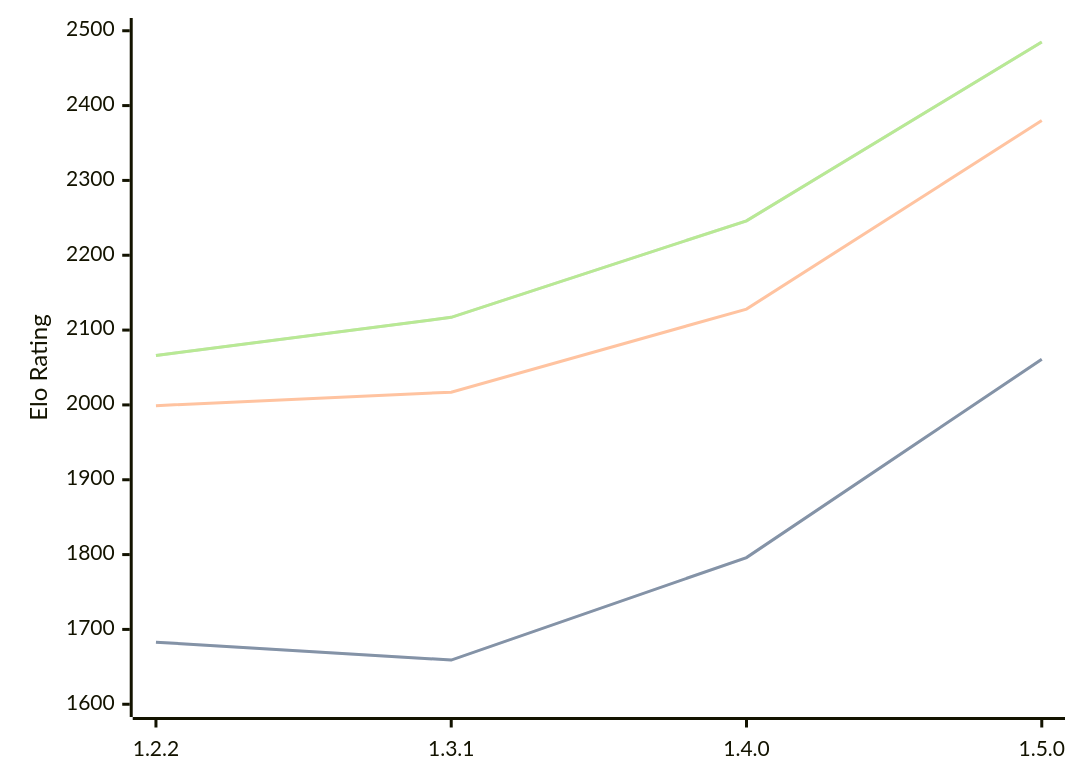
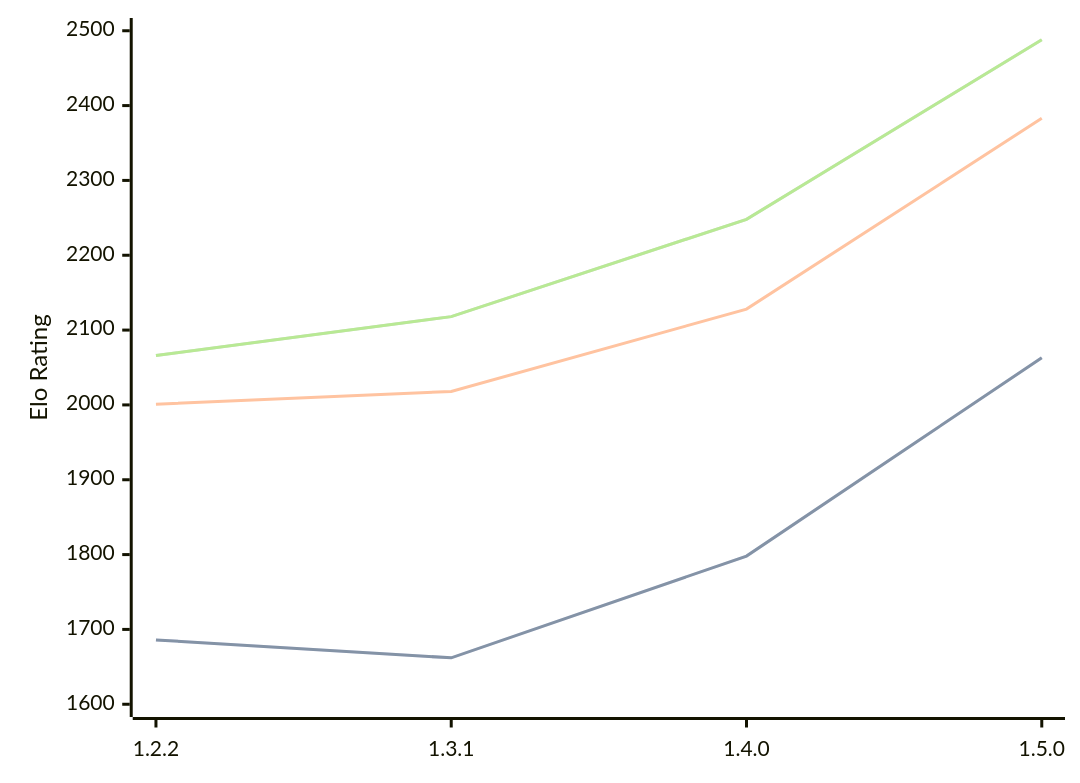
The diagram in engines/SoloEngine.md (computer-chess-index/cci), drawn with Mermaid before and after one commit. The commit also changed other lines of this file, not shown here.

Commit message:
Update CCI Ratings (ELO VLTC) - 2026-03-14

````diff
--- a/engines/SoloEngine.md
+++ b/engines/SoloEngine.md
@@ -32,11 +33,11 @@
 ```mermaid
 %%{init: {"theme":"base","themeVariables":{"seriesColors:['#a3a3a3','#222221','#faa371']}}}%%
 xychart-beta
   x-axis ["1.2.2", "1.3.1", "1.4.0", "1.5.0"]
   y-axis "Elo Rating" 1600 --> 2500
-  line "STC (8.0+0.08s)" [1683, 1659, 1796, 2061]
-  line "STC (8.0+0.08s)" [1683, 1659, 1796, 2061]
-  line "LTC (60.0+0.60s)" [1999, 2017, 2128, 2380]
-  line "VLTC (2m24s+1.12s)" [2066, 2117, 2246, 2485]
-  line "VLTC (2m24s+1.12s)" [2066, 2117, 2246, 2485]
+  line "STC (8.0+0.08s)" [1686, 1662, 1798, 2063]
+  line "STC (8.0+0.08s)" [1686, 1662, 1798, 2063]
+  line "LTC (60.0+0.60s)" [2001, 2018, 2128, 2383]
+  line "VLTC (2m24s+1.12s)" [2066, 2118, 2248, 2488]
+  line "VLTC (2m24s+1.12s)" [2066, 2118, 2248, 2488]
 ```
````
